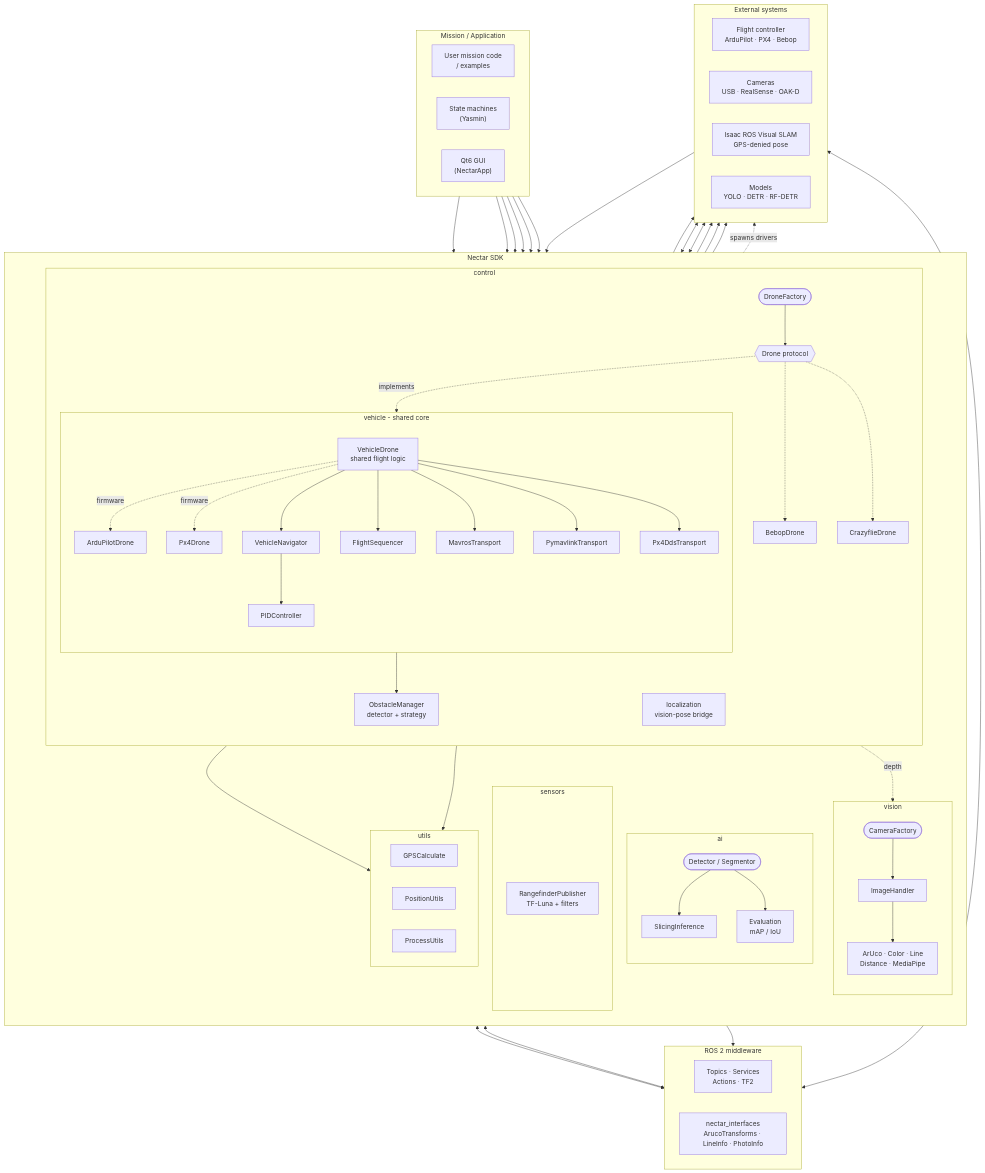
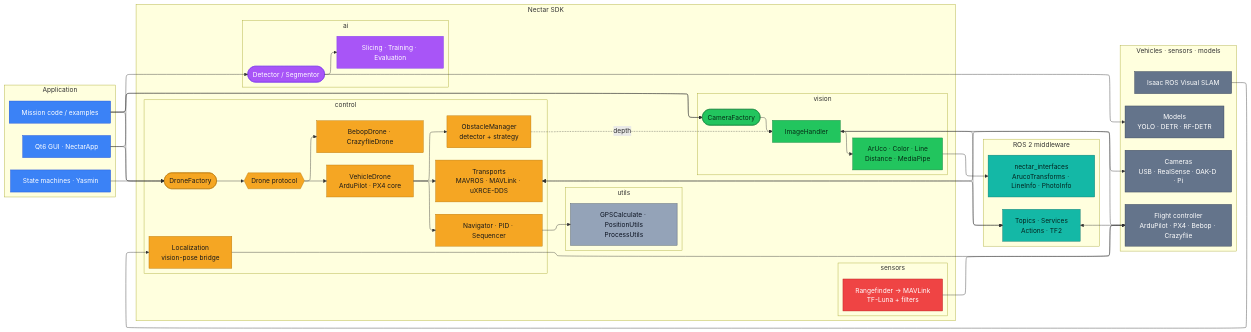
One commit to Black-Bee-Drones/nectar-sdk changed the diagram in website/concepts/architecture.md. Above: the diagram before and after it, drawn with Mermaid. The commit also changed other lines of this file and 96 other files, not shown here.

````diff
--- a/website/concepts/architecture.md
+++ b/website/concepts/architecture.md
@@ -19,101 +21,118 @@
 ```mermaid
-flowchart TB
-    subgraph APP["Mission / Application"]
-        direction LR
-        Mission["User mission code<br/>/ examples"]
-        FSM["State machines<br/>(Yasmin)"]
-        GUI["Qt6 GUI<br/>(NectarApp)"]
+---
+config:
+  layout: elk
+  elk:
+    nodePlacementStrategy: NETWORK_SIMPLEX
+    mergeEdges: true
+---
+flowchart LR
+  subgraph APP["Application"]
+    direction TB
+    Mission["Mission code / examples"]
+    FSM["State machines · Yasmin"]
+    GUI["Qt6 GUI · NectarApp"]
+  end
+
+  subgraph SDK["Nectar SDK"]
+    direction TB
+
+    subgraph CTRL["control"]
+      direction TB
+      DroneFactory(["DroneFactory"])
+      DroneProto{{"Drone protocol"}}
+      VehicleDrone["VehicleDrone<br/>ArduPilot · PX4 core"]
+      Transports["Transports<br/>MAVROS · MAVLink · uXRCE-DDS"]
+      OtherDrones["BebopDrone · CrazyflieDrone"]
+      Nav["Navigator · PID · Sequencer"]
+      Obstacles["ObstacleManager<br/>detector + strategy"]
+      Loc["Localization<br/>vision-pose bridge"]
     end
 
-    subgraph SDK["Nectar SDK"]
-        direction TB
-
-        subgraph CTRL["control"]
-            direction TB
-            DroneFactory(["DroneFactory"])
-            DroneProto{{"Drone protocol"}}
-            subgraph CORE["vehicle - shared core"]
-                direction TB
-                VehicleDrone["VehicleDrone<br/>shared flight logic"]
-                ArduPilotDrone["ArduPilotDrone"]
-                Px4Drone["Px4Drone"]
-                Navigator["VehicleNavigator"]
-                Sequencer["FlightSequencer"]
-                PID["PIDController"]
-                MavrosT["MavrosTransport"]
-                PymavlinkT["PymavlinkTransport"]
-                DdsT["Px4DdsTransport"]
-            end
-            Bebop["BebopDrone"]
-            Crazyflie["CrazyflieDrone"]
-            ObstacleMgr["ObstacleManager<br/>detector + strategy"]
-            VisionBridge["localization<br/>vision-pose bridge"]
-        end
-
-        subgraph VIS["vision"]
-            direction TB
-            CameraFactory(["CameraFactory"])
-            ImageHandler["ImageHandler"]
-            VisAlgos["ArUco · Color · Line<br/>Distance · MediaPipe"]
-        end
-
-        subgraph AIM["ai"]
-            direction TB
-            DetSeg(["Detector / Segmentor"])
-            Slicing["SlicingInference"]
-            Evalr["Evaluation<br/>mAP / IoU"]
-        end
-
-        subgraph SENS["sensors"]
-            Rangefinder["RangefinderPublisher<br/>TF-Luna + filters"]
-        end
-
-        subgraph UTIL["utils"]
-            direction LR
-            GPSU["GPSCalculate"]
-            PosU["PositionUtils"]
-            ProcU["ProcessUtils"]
-        end
+    subgraph VIS["vision"]
+      direction TB
+      CameraFactory(["CameraFactory"])
+      ImageHandler["ImageHandler"]
+      VisAlgos["ArUco · Color · Line<br/>Distance · MediaPipe"]
     end
 
-    subgraph ROS["ROS 2 middleware"]
-        direction LR
-        Topics["Topics · Services<br/>Actions · TF2"]
-        Msgs["nectar_interfaces<br/>ArucoTransforms · LineInfo · PhotoInfo"]
+    subgraph AIM["ai"]
+      direction TB
+      DetSeg(["Detector / Segmentor"])
+      AIExtras["Slicing · Training · Evaluation"]
     end
 
-    subgraph EXT["External systems"]
-        direction LR
-        FCU["Flight controller<br/>ArduPilot · PX4 · Bebop"]
-        Cameras["Cameras<br/>USB · RealSense · OAK-D"]
-        VSLAM["Isaac ROS Visual SLAM<br/>GPS-denied pose"]
-        Models["Models<br/>YOLO · DETR · RF-DETR"]
+    subgraph SENS["sensors"]
+      direction TB
+      Rangefinder["Rangefinder → MAVLink<br/>TF-Luna + filters"]
     end
 
-    Mission --> DroneFactory & CameraFactory & DetSeg
-    FSM --> DroneFactory
-    GUI --> DroneFactory & CameraFactory
+    subgraph UTIL["utils"]
+      direction TB
+      Utils["GPSCalculate · PositionUtils<br/>ProcessUtils"]
+    end
+  end
 
-    DroneFactory --> DroneProto
-    DroneProto -. implements .-> VehicleDrone
-    DroneProto -.-> Bebop
-    DroneProto -.-> Crazyflie
-    VehicleDrone -. firmware .-> ArduPilotDrone & Px4Drone
-    VehicleDrone --> Navigator & Sequencer & ObstacleMgr & MavrosT & PymavlinkT & DdsT
-    Navigator --> PID & GPSU & PosU
+  subgraph ROS["ROS 2 middleware"]
+    direction TB
+    Topics["Topics · Services<br/>Actions · TF2"]
+    Msgs["nectar_interfaces<br/>ArucoTransforms · LineInfo · PhotoInfo"]
+  end
 
-    CameraFactory --> ImageHandler --> VisAlgos
-    ObstacleMgr -. depth .-> ImageHandler
-    DetSeg --> Slicing & Evalr & Models
+  subgraph EXT["Vehicles · sensors · models"]
+    direction TB
+    FCU["Flight controller<br/>ArduPilot · PX4 · Bebop · Crazyflie"]
+    Cameras["Cameras<br/>USB · RealSense · OAK-D · Pi"]
+    Models["Models<br/>YOLO · DETR · RF-DETR"]
+    VSLAM["Isaac ROS Visual SLAM"]
+  end
 
-    MavrosT <--> Topics
-    PymavlinkT <--> FCU
-    DdsT <--> FCU
-    VSLAM --> VisionBridge --> FCU
-    Rangefinder --> FCU
-    Topics <--> FCU
-    ImageHandler <--> Topics
-    ImageHandler --> Cameras
-    VisAlgos --> Msgs
-    ProcU -. spawns drivers .-> FCU
+  Mission --> DroneFactory
+  Mission --> CameraFactory
+  Mission --> DetSeg
+  FSM --> DroneFactory
+  GUI --> DroneFactory
+  GUI --> CameraFactory
+
+  DroneFactory --> DroneProto
+  DroneProto --> VehicleDrone
+  DroneProto --> OtherDrones
+  VehicleDrone --> Transports
+  VehicleDrone --> Nav
+  VehicleDrone --> Obstacles
+  Nav --> Utils
+
+  CameraFactory --> ImageHandler
+  ImageHandler --> VisAlgos
+  Obstacles -. depth .-> ImageHandler
+  DetSeg --> AIExtras
+  DetSeg --> Models
+  VisAlgos --> Msgs
+
+  Transports <--> Topics
+  Transports <--> FCU
+  Topics <--> FCU
+  ImageHandler <--> Topics
+  ImageHandler --> Cameras
+  VSLAM --> Loc
+  Loc --> FCU
+  Rangefinder --> FCU
+
+  classDef app fill:#3b82f6,stroke:#1d4ed8,color:#ffffff;
+  classDef ctl fill:#f5a623,stroke:#b8770a,color:#1a1a1a;
+  classDef vis fill:#22c55e,stroke:#15803d,color:#052e16;
+  classDef aim fill:#a855f7,stroke:#7c3aed,color:#ffffff;
+  classDef sen fill:#ef4444,stroke:#b91c1c,color:#ffffff;
+  classDef utl fill:#94a3b8,stroke:#475569,color:#0b1220;
+  classDef ros fill:#14b8a6,stroke:#0f766e,color:#04231f;
+  classDef ext fill:#64748b,stroke:#334155,color:#ffffff;
+
+  class Mission,FSM,GUI app;
+  class DroneFactory,DroneProto,VehicleDrone,Transports,OtherDrones,Nav,Obstacles,Loc ctl;
+  class CameraFactory,ImageHandler,VisAlgos vis;
+  class DetSeg,AIExtras aim;
+  class Rangefinder sen;
+  class Utils utl;
+  class Topics,Msgs ros;
+  class FCU,Cameras,Models,VSLAM ext;
 ```
````
